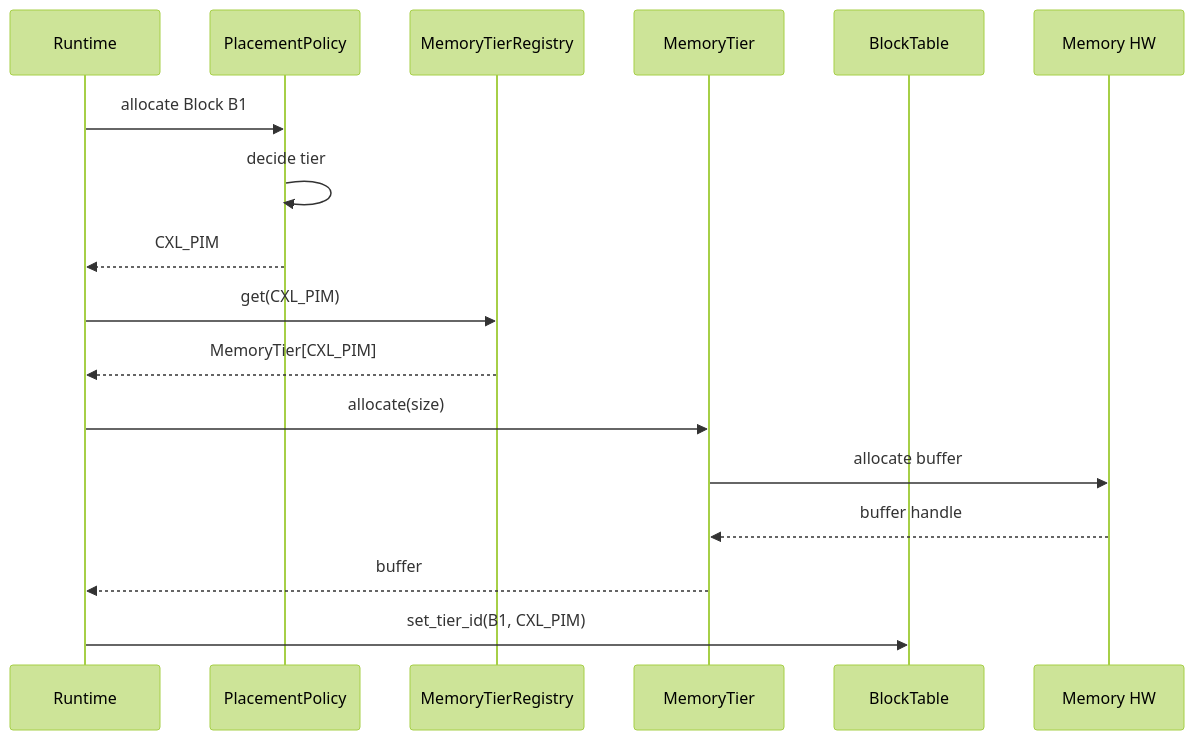
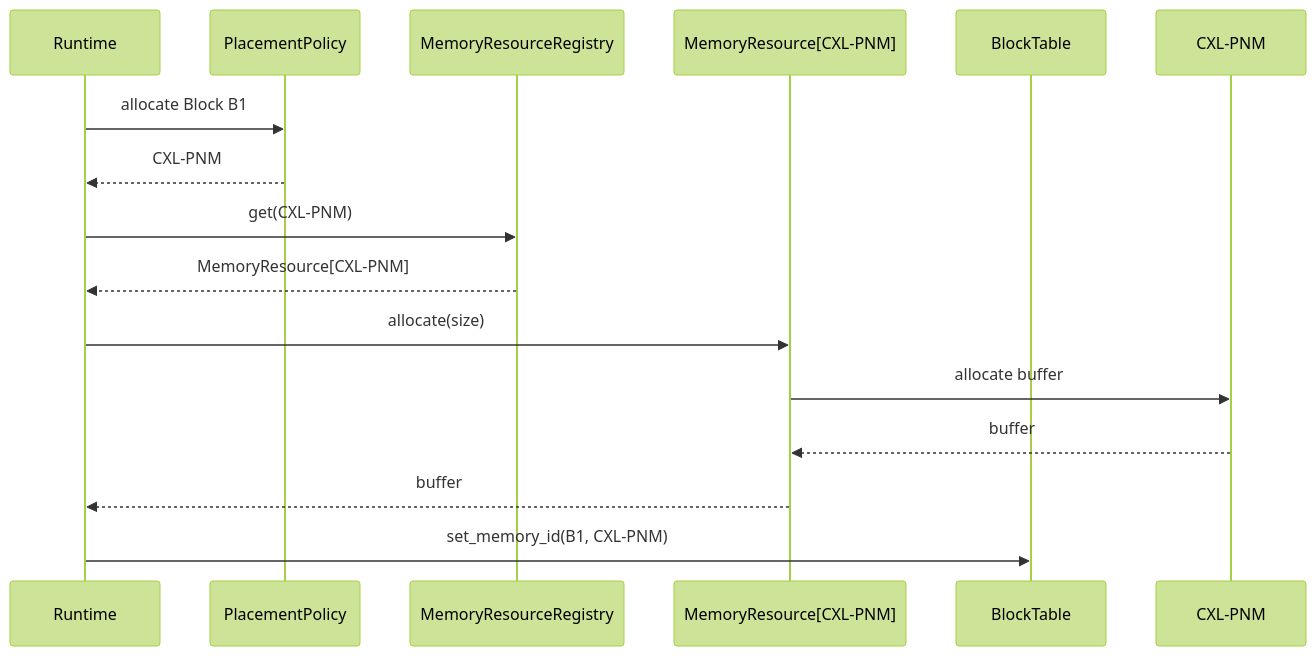
One commit to mkim0628/vllm changed the third of 8 diagrams in doc-mk/vllm-compute-capable-memory-candidates.md. Above: the diagram before and after it, drawn with Mermaid (forest theme). The commit also changed other lines of this file, not shown here.

````diff
--- a/doc-mk/vllm-compute-capable-memory-candidates.md
+++ b/doc-mk/vllm-compute-capable-memory-candidates.md
@@ -312,20 +196,19 @@
 ```mermaid
 sequenceDiagram
     participant R as Runtime
     participant P as PlacementPolicy
-    participant REG as MemoryTierRegistry
-    participant MT as MemoryTier
+    participant REG as MemoryResourceRegistry
+    participant MR as MemoryResource[CXL-PNM]
     participant BT as BlockTable
-    participant HW as Memory HW
+    participant HW as CXL-PNM
 
     R->>P: allocate Block B1
-    P->>P: decide tier
-    P-->>R: CXL_PIM
-    R->>REG: get(CXL_PIM)
-    REG-->>R: MemoryTier[CXL_PIM]
-    R->>MT: allocate(size)
-    MT->>HW: allocate buffer
-    HW-->>MT: buffer handle
-    MT-->>R: buffer
-    R->>BT: set_tier_id(B1, CXL_PIM)
+    P-->>R: CXL-PNM
+    R->>REG: get(CXL-PNM)
+    REG-->>R: MemoryResource[CXL-PNM]
+    R->>MR: allocate(size)
+    MR->>HW: allocate buffer
+    HW-->>MR: buffer
+    MR-->>R: buffer
+    R->>BT: set_memory_id(B1, CXL-PNM)
 ```
````
